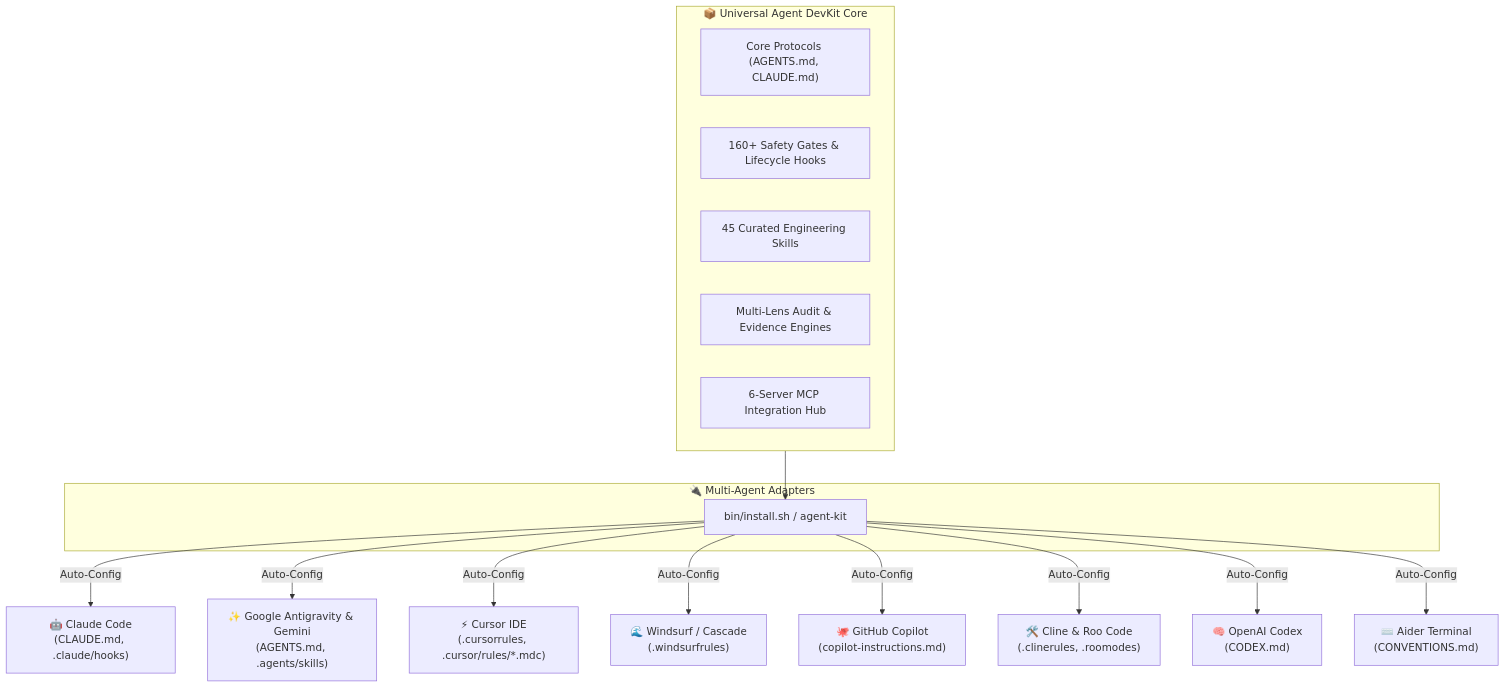
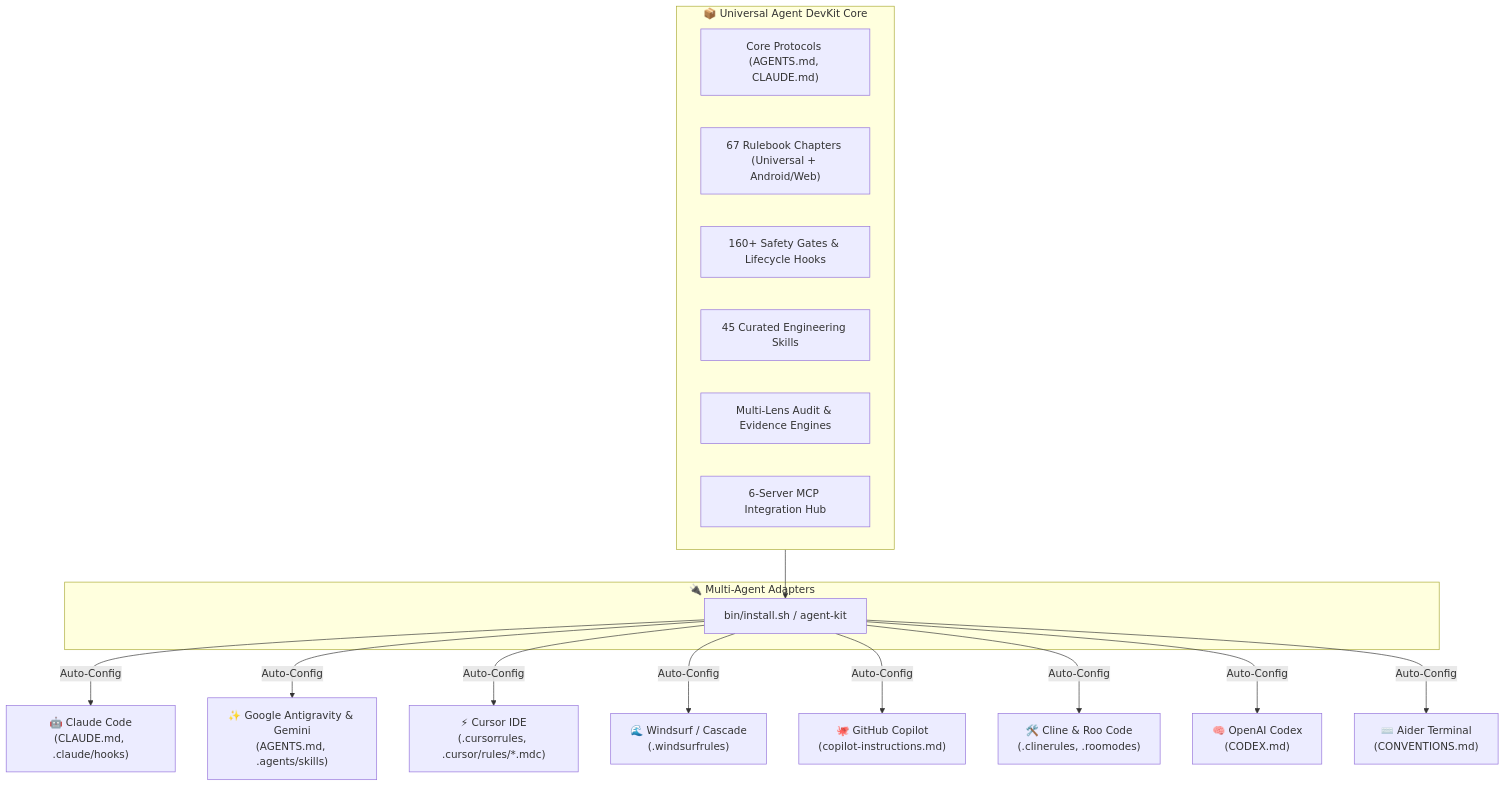
Before and after one commit to ToanMobile/universal-agent-devkit: the diagram in README.md, drawn with Mermaid. The commit also changed other lines of this file, not shown here.

Commit message:
docs(readme): add comprehensive catalog for all 67 rulebook chapters and all 45 curated skills

````diff
--- a/README.md
+++ b/README.md
@@ -88,25 +91,26 @@
 ```mermaid
 graph TD
     subgraph DevKit_Core ["📦 Universal Agent DevKit Core"]
         CoreRules["Core Protocols (AGENTS.md, CLAUDE.md)"]
+        Rulebook["67 Rulebook Chapters (Universal + Android/Web)"]
         Gates["160+ Safety Gates & Lifecycle Hooks"]
         SkillsCatalog["45 Curated Engineering Skills"]
         Workflows["Multi-Lens Audit & Evidence Engines"]
         MCPHub["6-Server MCP Integration Hub"]
     end
 
     subgraph Adapters ["🔌 Multi-Agent Adapters"]
         Installer["bin/install.sh / agent-kit"]
     end
 
     DevKit_Core --> Installer
 
     Installer -->|Auto-Config| Claude["🤖 Claude Code<br/>(CLAUDE.md, .claude/hooks)"]
     Installer -->|Auto-Config| Gemini["✨ Google Antigravity & Gemini<br/>(AGENTS.md, .agents/skills)"]
     Installer -->|Auto-Config| Cursor["⚡ Cursor IDE<br/>(.cursorrules, .cursor/rules/*.mdc)"]
     Installer -->|Auto-Config| Windsurf["🌊 Windsurf / Cascade<br/>(.windsurfrules)"]
     Installer -->|Auto-Config| Copilot["🐙 GitHub Copilot<br/>(copilot-instructions.md)"]
     Installer -->|Auto-Config| Cline["🛠️ Cline & Roo Code<br/>(.clinerules, .roomodes)"]
     Installer -->|Auto-Config| Codex["🧠 OpenAI Codex<br/>(CODEX.md)"]
     Installer -->|Auto-Config| Aider["⌨️ Aider Terminal<br/>(CONVENTIONS.md)"]
 ```
````
